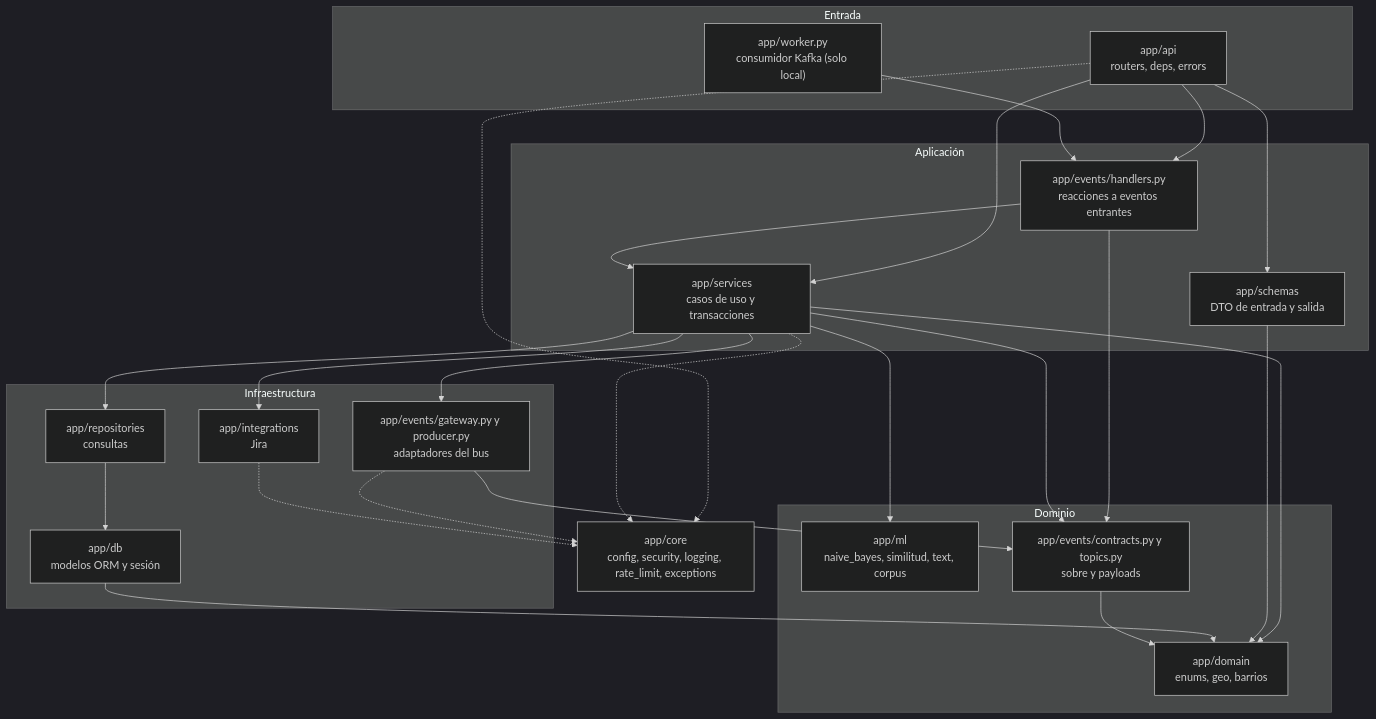
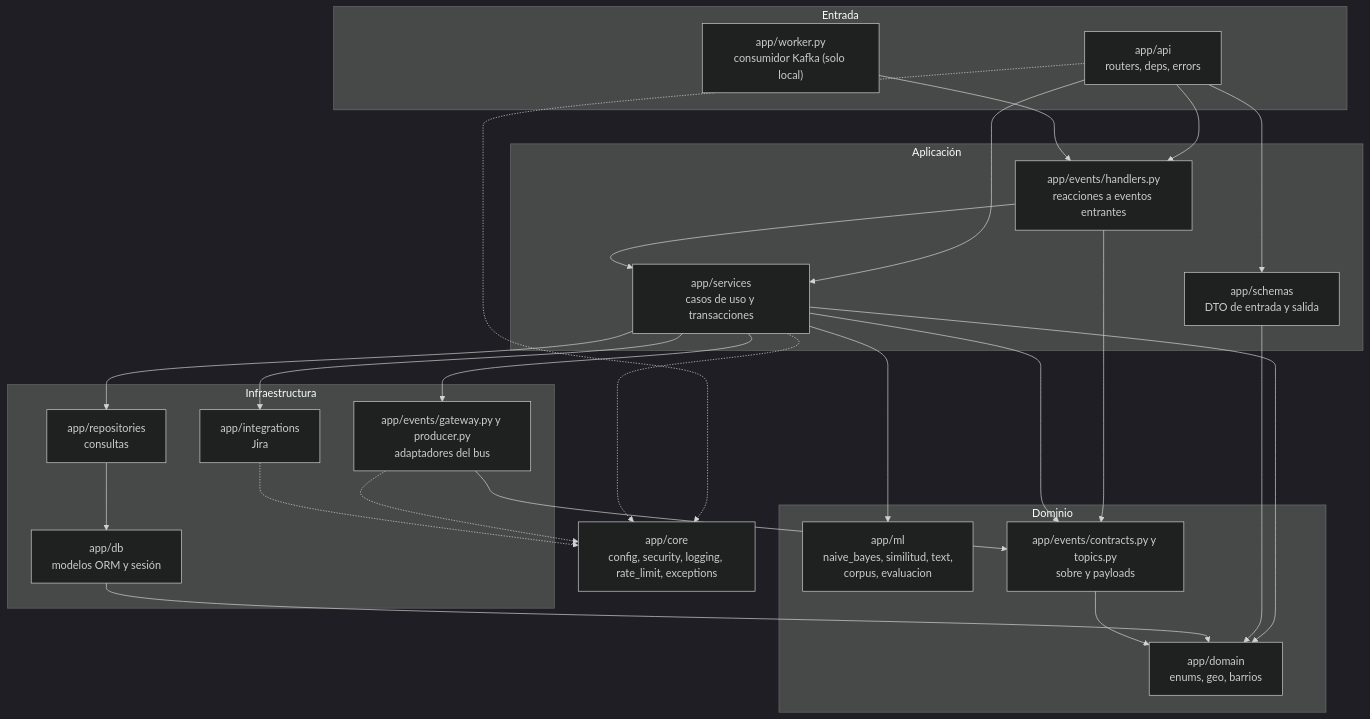
Before and after one commit to agustin-perez-data/APIS2-G5-RECLAMOS-BACKEND: the first of 2 diagrams in docs/arquitectura/vista-desarrollo.md, drawn with Mermaid (dark theme). The commit also changed other lines of this file and 9 other files, not shown here.

````diff
--- a/docs/arquitectura/vista-desarrollo.md
+++ b/docs/arquitectura/vista-desarrollo.md
@@ -12,51 +12,51 @@
 ```mermaid
 flowchart TB
     subgraph entrada["Entrada"]
         api["app/api<br/>routers, deps, errors"]
         worker["app/worker.py<br/>consumidor Kafka (solo local)"]
     end
 
     subgraph aplicacion["Aplicación"]
         services["app/services<br/>casos de uso y transacciones"]
         handlers["app/events/handlers.py<br/>reacciones a eventos entrantes"]
         schemas["app/schemas<br/>DTO de entrada y salida"]
     end
 
     subgraph dominio["Dominio"]
         domain["app/domain<br/>enums, geo, barrios"]
-        ml["app/ml<br/>naive_bayes, similitud, text, corpus"]
+        ml["app/ml<br/>naive_bayes, similitud, text,<br/>corpus, evaluacion"]
         contracts["app/events/contracts.py y topics.py<br/>sobre y payloads"]
     end
 
     subgraph infraestructura["Infraestructura"]
         repositories["app/repositories<br/>consultas"]
         models["app/db<br/>modelos ORM y sesión"]
         adaptadores["app/events/gateway.py y producer.py<br/>adaptadores del bus"]
         integrations["app/integrations<br/>Jira"]
     end
 
     core["app/core<br/>config, security, logging, rate_limit, exceptions"]
 
     api --> services
     api --> schemas
     api --> handlers
     worker --> handlers
     handlers --> services
     handlers --> contracts
     services --> domain
     services --> ml
     services --> contracts
     services --> repositories
     services --> adaptadores
     services --> integrations
     schemas --> domain
     repositories --> models
     models --> domain
     adaptadores --> contracts
     contracts --> domain
 
     api -.-> core
     services -.-> core
     adaptadores -.-> core
     integrations -.-> core
 ```
````
